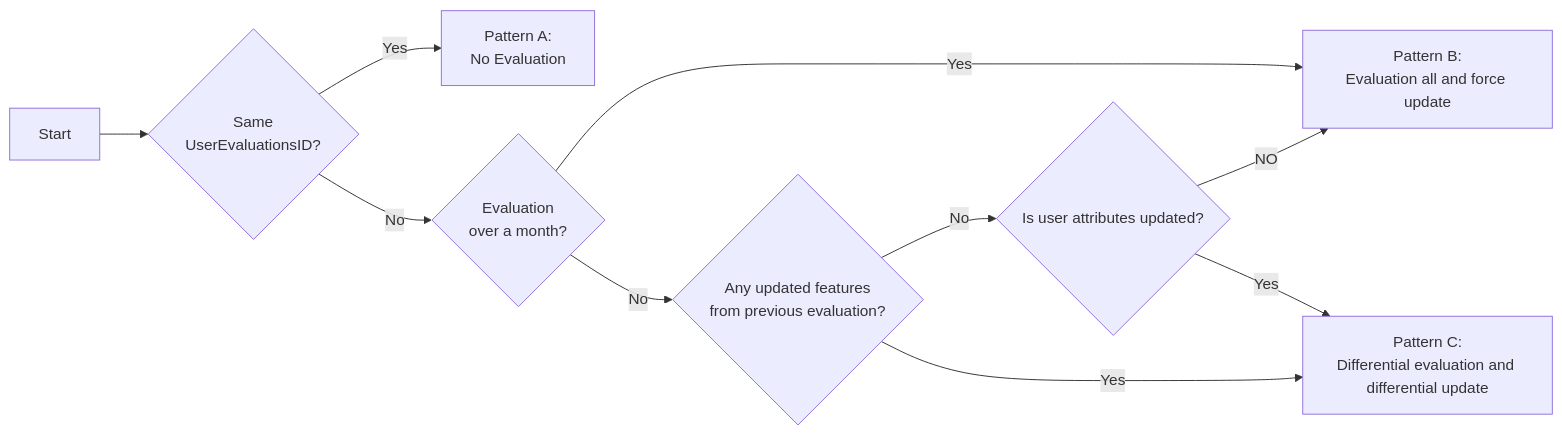
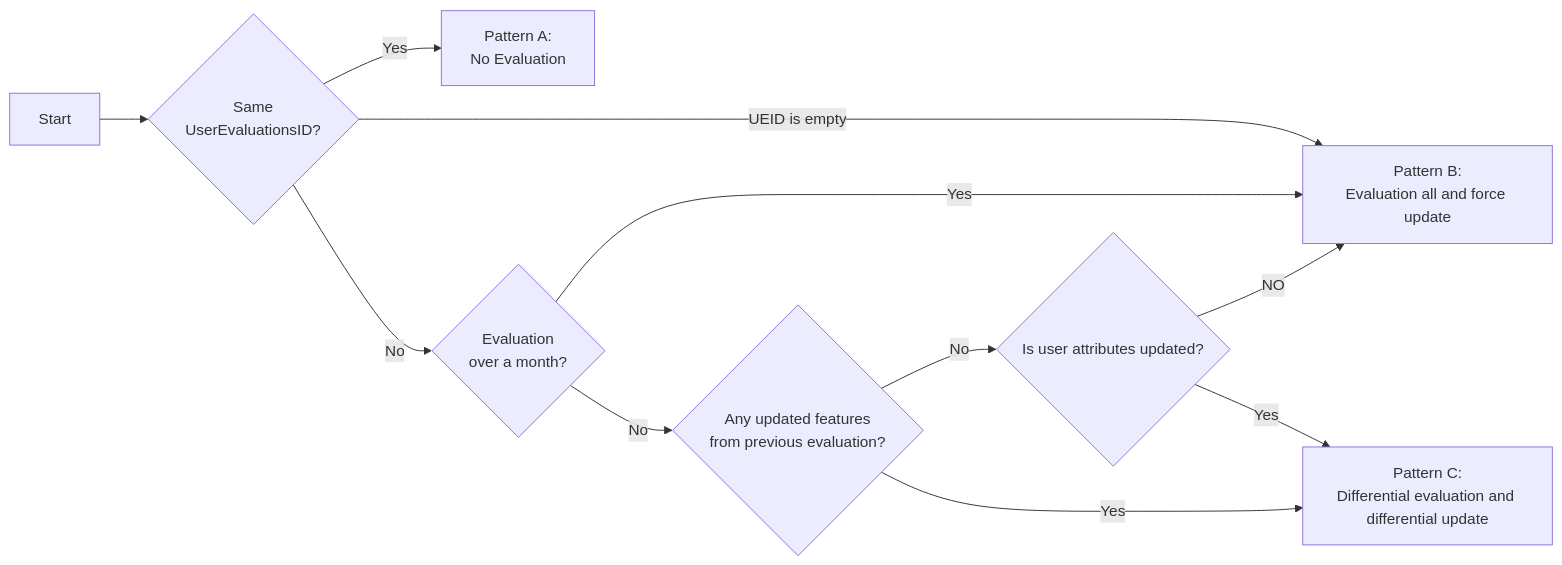
The first of 2 diagrams in docs/rfcs/0042-evaluation-for-updated-features.md (bucketeer-io/bucketeer), drawn with Mermaid before and after one commit. The commit also changed other lines of this file, not shown here.

````diff
--- a/docs/rfcs/0042-evaluation-for-updated-features.md
+++ b/docs/rfcs/0042-evaluation-for-updated-features.md
@@ -70,12 +70,13 @@
 ```mermaid
 flowchart LR
 A[Start] --> B{Same\nUserEvaluationsID?}
 B -- Yes --> C[Pattern A:\nNo Evaluation]
+B -- UEID is empty --> E
 B -- No --> D{Evaluation\nover a month?}
 D -- Yes --> E[Pattern B:\nEvaluation all and force update]
 D -- No --> F{Any updated features\nfrom previous evaluation?}
 F -- No --> J{Is user attributes updated?}
 J -- NO --> E
 J -- Yes --> I[Pattern C:\nDifferential evaluation and differential update]
 F -- Yes --> I
 ```
````
